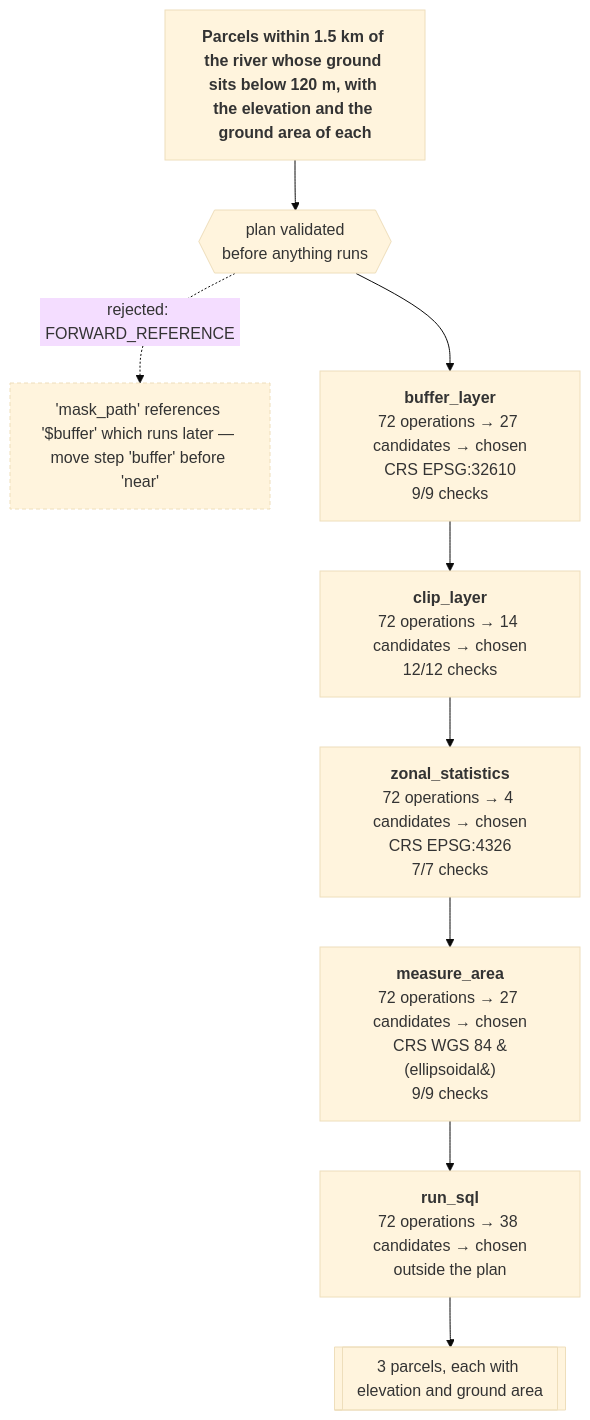
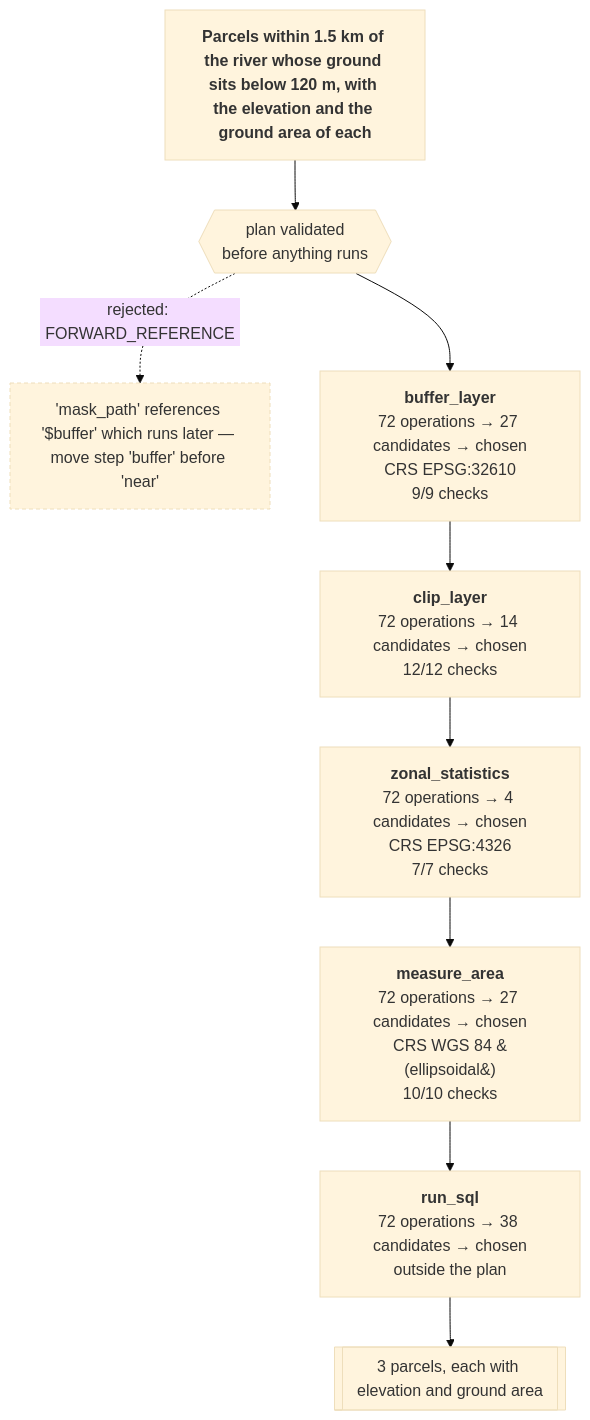
Before and after one commit to mapsmith-ai/MapSmith: the diagram in README.md, drawn with Mermaid (base theme). The commit also changed other lines of this file, not shown here.

Commit message:
Regenerate the worked example: measure_area now runs ten checks
The mixed-geometry check landed on measure_area and the recorded
end-to-end example counts checks, so 9/9 became 10/10. Regenerated from
a real run rather than edited, which is the whole point of that section.

Caught by the slow tests, which I pushed without running - second time
today. They exist because a recorded example that nobody reruns stops
being a recording.

````diff
--- a/README.md
+++ b/README.md
@@ -507,20 +507,20 @@
 ```mermaid
 flowchart TB
   ASK["<b>Parcels within 1.5 km of the river whose ground sits below 120 m, with the elevation and the ground area of each</b>"]
   ASK --> PLAN{{"plan validated<br/>before anything runs"}}
   PLAN -. "rejected: FORWARD_REFERENCE" .-> BAD["'mask_path' references '$buffer' which runs later — move step 'buffer' before 'near'"]
   BAD:::bad
   BUFFER["<b>buffer_layer</b><br/>72 operations &rarr; 27 candidates &rarr; chosen<br/>CRS EPSG:32610<br/>9/9 checks"]
   PLAN --> BUFFER
   NEAR["<b>clip_layer</b><br/>72 operations &rarr; 14 candidates &rarr; chosen<br/>12/12 checks"]
   BUFFER --> NEAR
   HEIGHT["<b>zonal_statistics</b><br/>72 operations &rarr; 4 candidates &rarr; chosen<br/>CRS EPSG:4326<br/>7/7 checks"]
   NEAR --> HEIGHT
-  AREA["<b>measure_area</b><br/>72 operations &rarr; 27 candidates &rarr; chosen<br/>CRS WGS 84 &#40;ellipsoidal&#41;<br/>9/9 checks"]
+  AREA["<b>measure_area</b><br/>72 operations &rarr; 27 candidates &rarr; chosen<br/>CRS WGS 84 &#40;ellipsoidal&#41;<br/>10/10 checks"]
   HEIGHT --> AREA
   FILTER["<b>run_sql</b><br/>72 operations &rarr; 38 candidates &rarr; chosen<br/>outside the plan"]
   AREA --> FILTER
   OUT[["3 parcels, each with elevation and ground area"]]
   FILTER --> OUT
   classDef bad stroke-dasharray: 4 3
 ```
````
